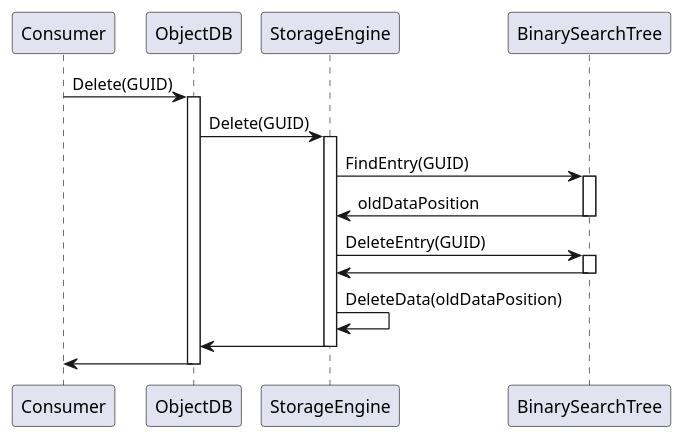
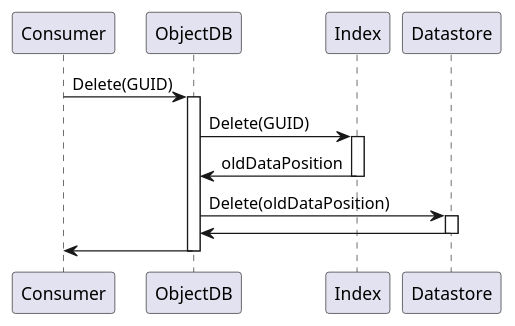
Before and after one commit to markus-wa/ObjectOrientedDB: the diagram in doc/sd-delete.puml, drawn with PlantUML.

```diff
--- a/doc/sd-delete.puml
+++ b/doc/sd-delete.puml
@@ -1,23 +1,17 @@
 @startuml
 participant Consumer
 participant ObjectDB
-participant StorageEngine
-participant BinarySearchTree
+participant Index
+participant Datastore
 
 Consumer -> ObjectDB ++: Delete(GUID)
 
-ObjectDB -> StorageEngine ++: Delete(GUID)
+ObjectDB -> Index ++: Delete(GUID)
+Index -> ObjectDB --: oldDataPosition
 
-StorageEngine -> BinarySearchTree ++: FindEntry(GUID)
-BinarySearchTree -> StorageEngine --: oldDataPosition
-
-StorageEngine -> BinarySearchTree ++: DeleteEntry(GUID)
-BinarySearchTree -> StorageEngine --
-
-StorageEngine -> StorageEngine: DeleteData(oldDataPosition)
-
-StorageEngine -> ObjectDB --
+ObjectDB -> Datastore ++: Delete(oldDataPosition)
+Datastore -> ObjectDB --
 
 ObjectDB -> Consumer --
 
 @enduml
```
